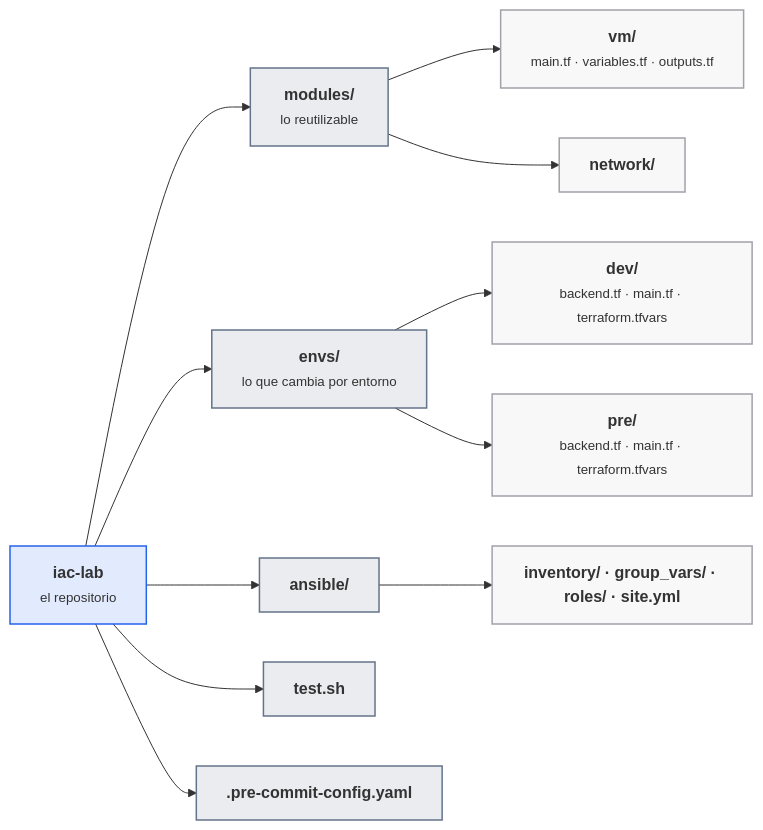
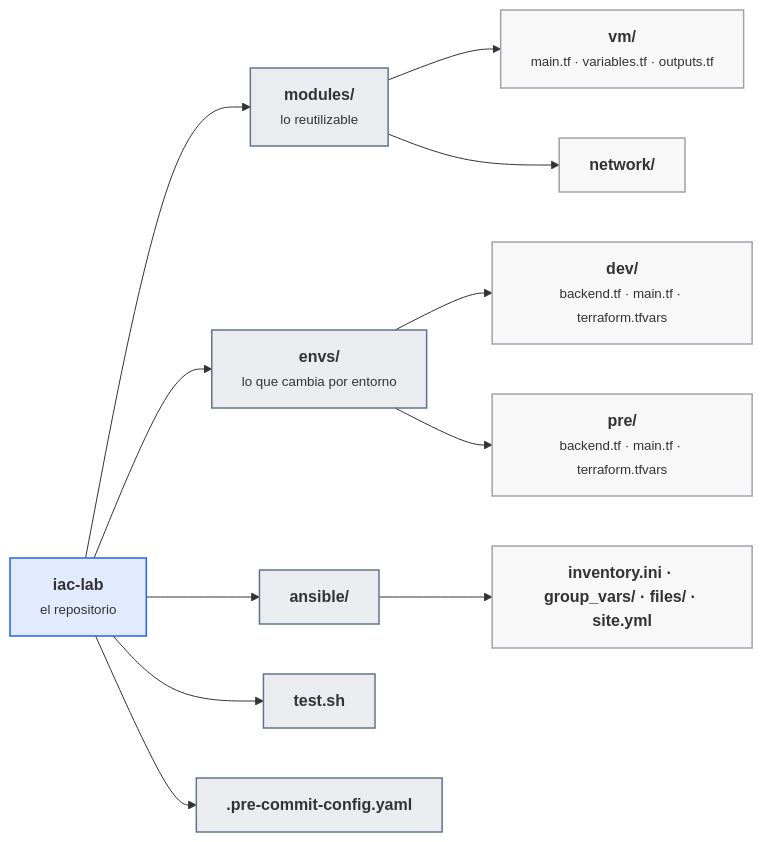
One commit to victor-educ/apuntes-5166 changed the fourth of 6 diagrams in docs/ut/ut5-iac.md. Above: the diagram before and after it, drawn with Mermaid. The commit also changed other lines of this file and 15 other files, not shown here.

````diff
--- a/docs/ut/ut5-iac.md
+++ b/docs/ut/ut5-iac.md
@@ -610,24 +761,24 @@
 ```mermaid
 flowchart LR
     R["<b>iac-lab</b><br><small>el repositorio</small>"]:::dato
     M["<b>modules/</b><br><small>lo reutilizable</small>"]:::pieza
     E["<b>envs/</b><br><small>lo que cambia por entorno</small>"]:::pieza
     A["<b>ansible/</b>"]:::pieza
     T["<b>test.sh</b>"]:::pieza
     P["<b>.pre-commit-config.yaml</b>"]:::pieza
     M1["<b>vm/</b><br><small>main.tf · variables.tf · outputs.tf</small>"]:::infra
     M2["<b>network/</b>"]:::infra
     E1["<b>dev/</b><br><small>backend.tf · main.tf · terraform.tfvars</small>"]:::infra
     E2["<b>pre/</b><br><small>backend.tf · main.tf · terraform.tfvars</small>"]:::infra
-    A1["<b>inventory/ · group_vars/ · roles/ · site.yml</b>"]:::infra
+    A1["<b>inventory.ini · group_vars/ · files/ · site.yml</b>"]:::infra
     R --> M & E & A & T & P
     M --> M1 & M2
     E --> E1 & E2
     A --> A1
     classDef act fill:#ea580c22,stroke:#ea580c,stroke-width:1.5px
     classDef pieza fill:#64748b22,stroke:#64748b,stroke-width:1.5px
     classDef dato fill:#2563eb22,stroke:#2563eb,stroke-width:1.5px
     classDef infra fill:#a1a1aa14,stroke:#a1a1aa,stroke-width:1.5px
     classDef ok fill:#16a34a22,stroke:#16a34a,stroke-width:1.5px
     classDef riesgo fill:#dc262622,stroke:#dc2626,stroke-width:1.5px
 ```
````
